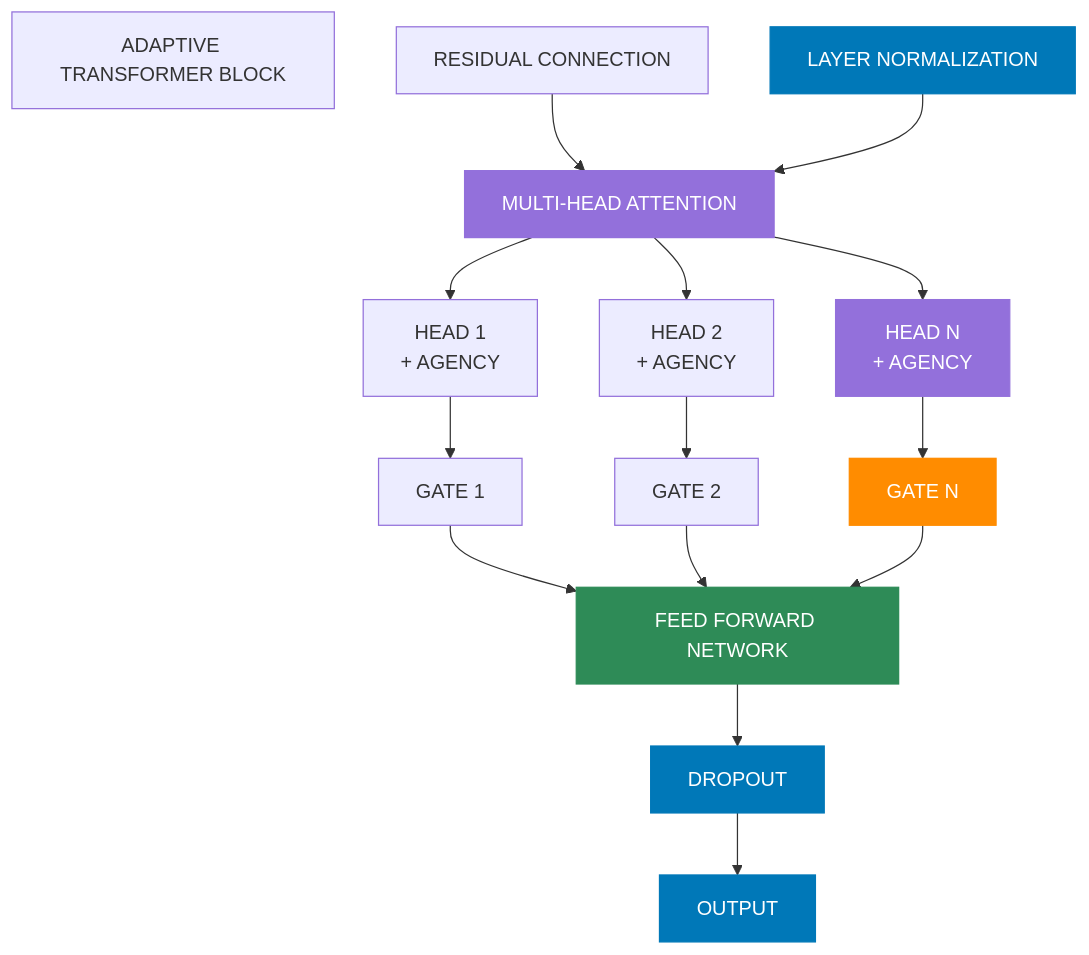
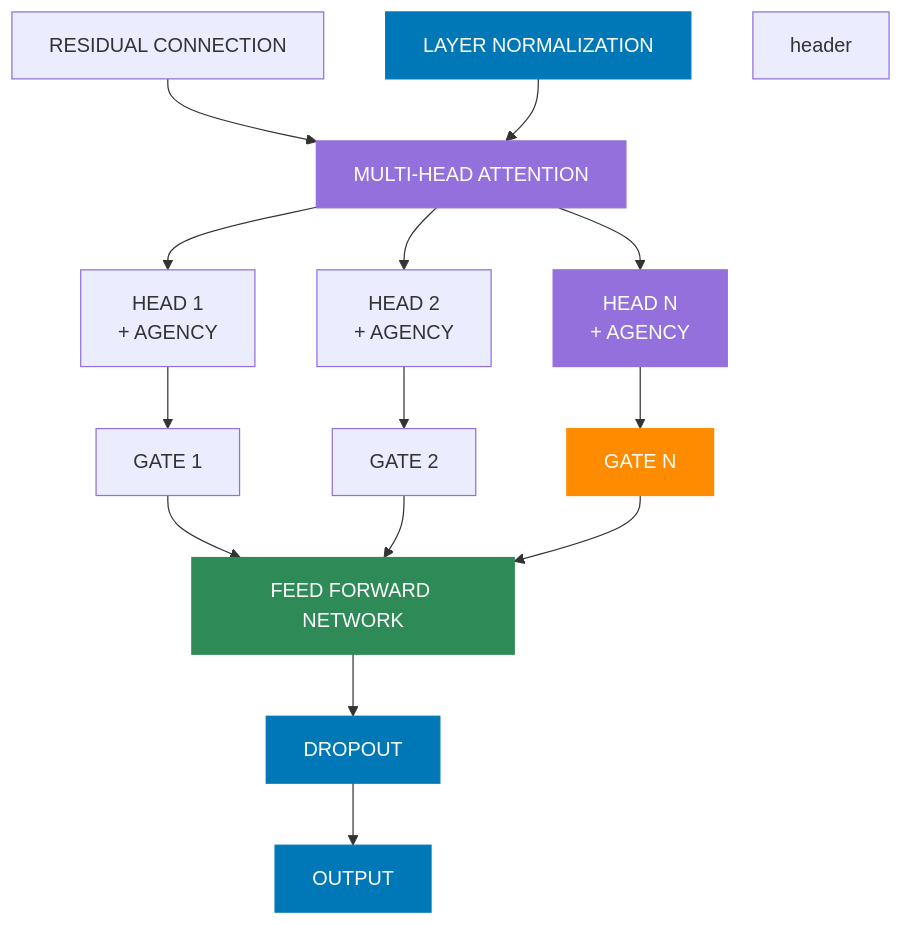
One commit to CambrianTech/sentinel-ai changed the sixth of 6 diagrams in README.md. Above: the diagram before and after it, drawn with Mermaid. The commit also changed other lines of this file, not shown here.

````diff
--- a/README.md
+++ b/README.md
@@ -518,50 +513,49 @@
 ```mermaid
 flowchart TD
     classDef standard fill:#333,stroke:#333,stroke-width:1px,color:#fff
     classDef layer fill:#0078b8,stroke:#0078b8,stroke-width:1px,color:#fff
     classDef attention fill:#9370db,stroke:#9370db,stroke-width:1px,color:#fff
     classDef ffn fill:#2e8b57,stroke:#2e8b57,stroke-width:1px,color:#fff
     classDef head fill:#ff8c00,stroke:#ff8c00,stroke-width:1px,color:#fff
     
     %% Main Components
-    header["ADAPTIVE TRANSFORMER BLOCK"]
     residual["RESIDUAL CONNECTION"]
     norm["LAYER NORMALIZATION"]
     attention["MULTI-HEAD ATTENTION"]
     ffn["FEED FORWARD NETWORK"]
     dropout["DROPOUT"]
     output["OUTPUT"]
     
     %% Attention Components
     head1["HEAD 1<br/>+ AGENCY"]
     head2["HEAD 2<br/>+ AGENCY"]
     headn["HEAD N<br/>+ AGENCY"]
     
     gate1["GATE 1"]
     gate2["GATE 2"]
     gaten["GATE N"]
     
     %% Connections
         
     residual & norm --> attention
     
     attention --> head1 & head2 & headn
     head1 --> gate1
     head2 --> gate2
     headn --> gaten
     
     gate1 & gate2 & gaten --> ffn
     ffn --> dropout
     dropout --> output
     
     %% Styling
     header:::header
     residual & norm:::layer
     attention:::attention
     ffn:::ffn
     dropout:::layer
     output:::layer
     
     head1 & head2 & headn:::attention
     gate1 & gate2 & gaten:::head
 ```
````
